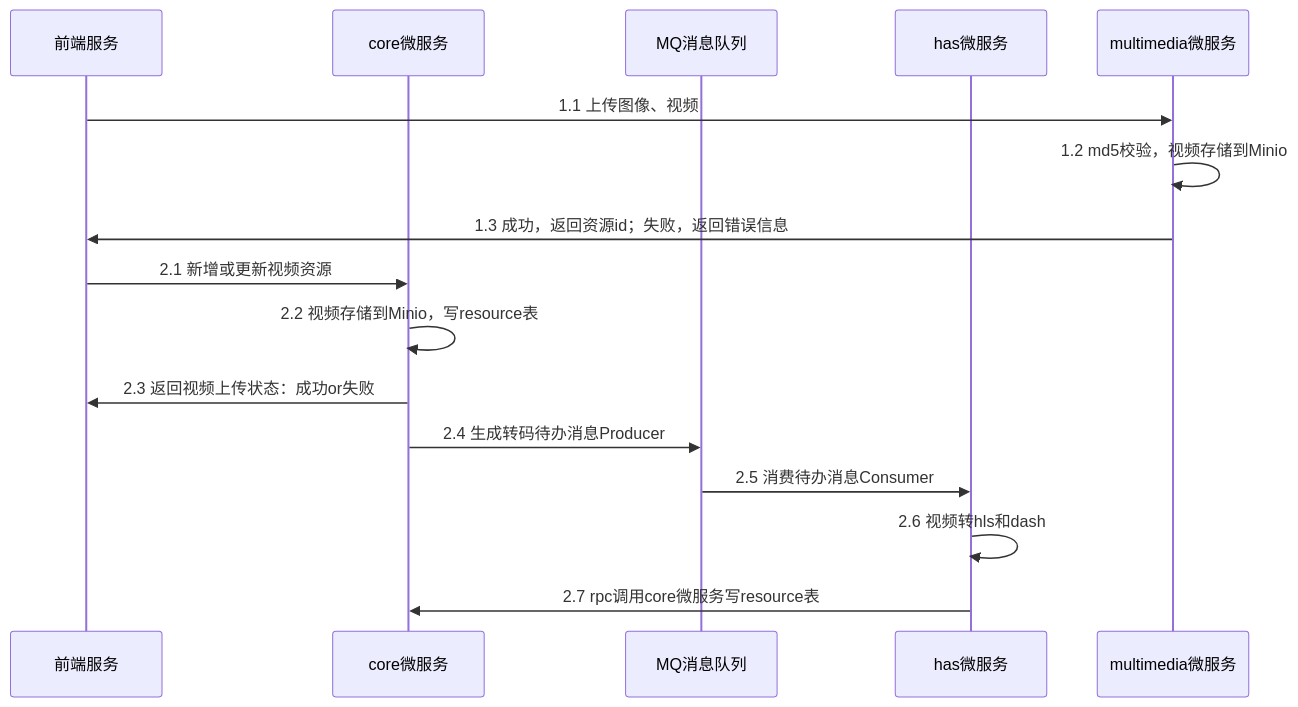
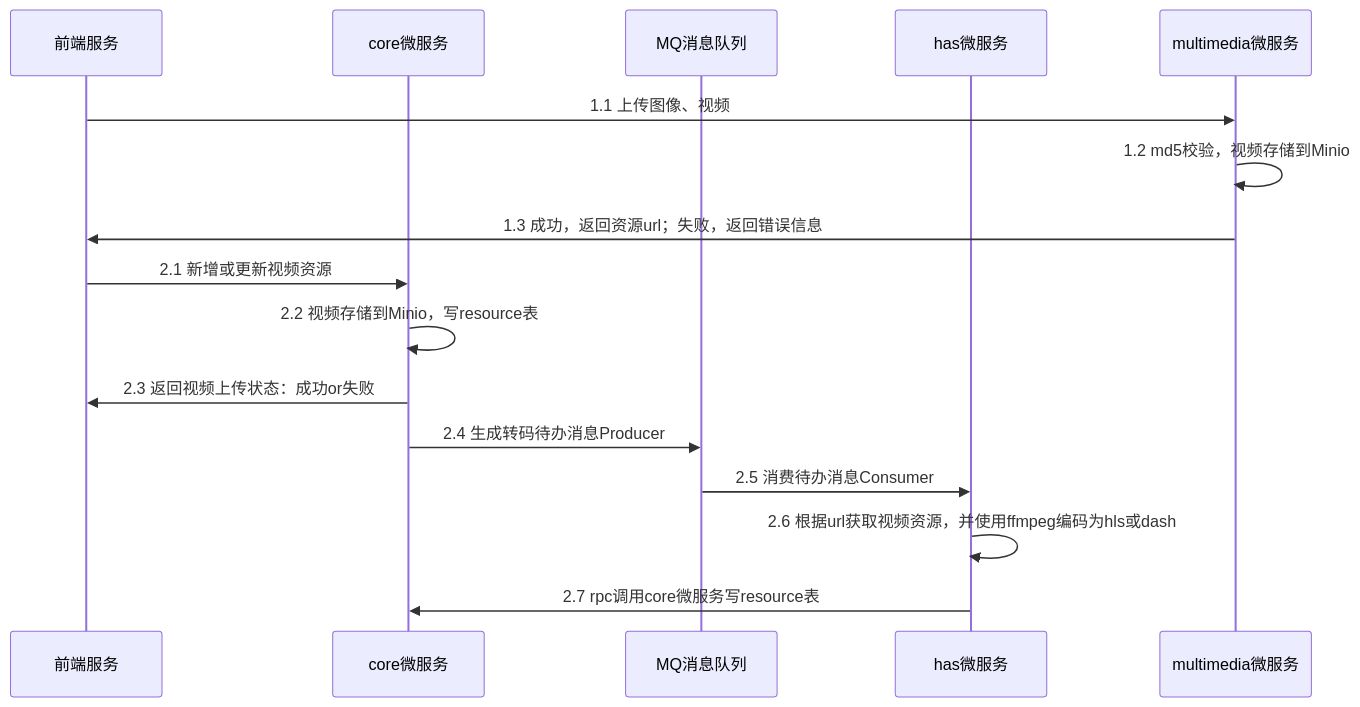
One commit to xiaolinstar/magic-video-backend changed the diagram in has/README.md. Above: the diagram before and after it, drawn with Mermaid. The commit also changed 19 other files, not shown here.

````diff
--- a/has/README.md
+++ b/has/README.md
@@ -20,19 +20,19 @@
 ```mermaid
 sequenceDiagram
     participant 前端服务
     participant core微服务
     participant MQ消息队列
     participant has微服务
     participant multimedia微服务
     前端服务 ->> multimedia微服务: 1.1 上传图像、视频
     multimedia微服务 ->> multimedia微服务: 1.2 md5校验，视频存储到Minio
-    multimedia微服务 ->> 前端服务: 1.3 成功，返回资源id；失败，返回错误信息
+    multimedia微服务 ->> 前端服务: 1.3 成功，返回资源url；失败，返回错误信息
     前端服务 ->> core微服务: 2.1 新增或更新视频资源
     core微服务 ->> core微服务: 2.2 视频存储到Minio，写resource表
     core微服务 ->> 前端服务: 2.3 返回视频上传状态：成功or失败
     core微服务 ->> MQ消息队列: 2.4 生成转码待办消息Producer
     MQ消息队列 ->> has微服务: 2.5 消费待办消息Consumer
-    has微服务 ->> has微服务: 2.6 视频转hls和dash
+    has微服务 ->> has微服务: 2.6 根据url获取视频资源，并使用ffmpeg编码为hls或dash
     has微服务 ->> core微服务: 2.7 rpc调用core微服务写resource表
 
 ```
````
